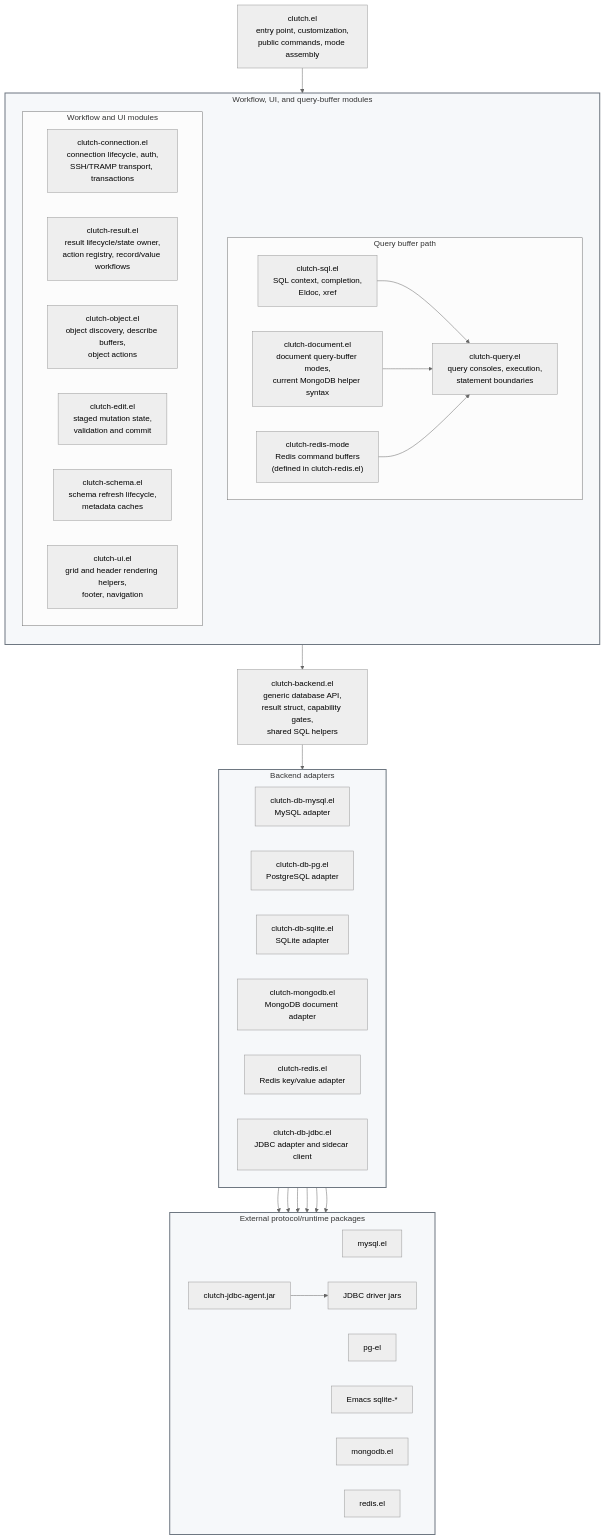
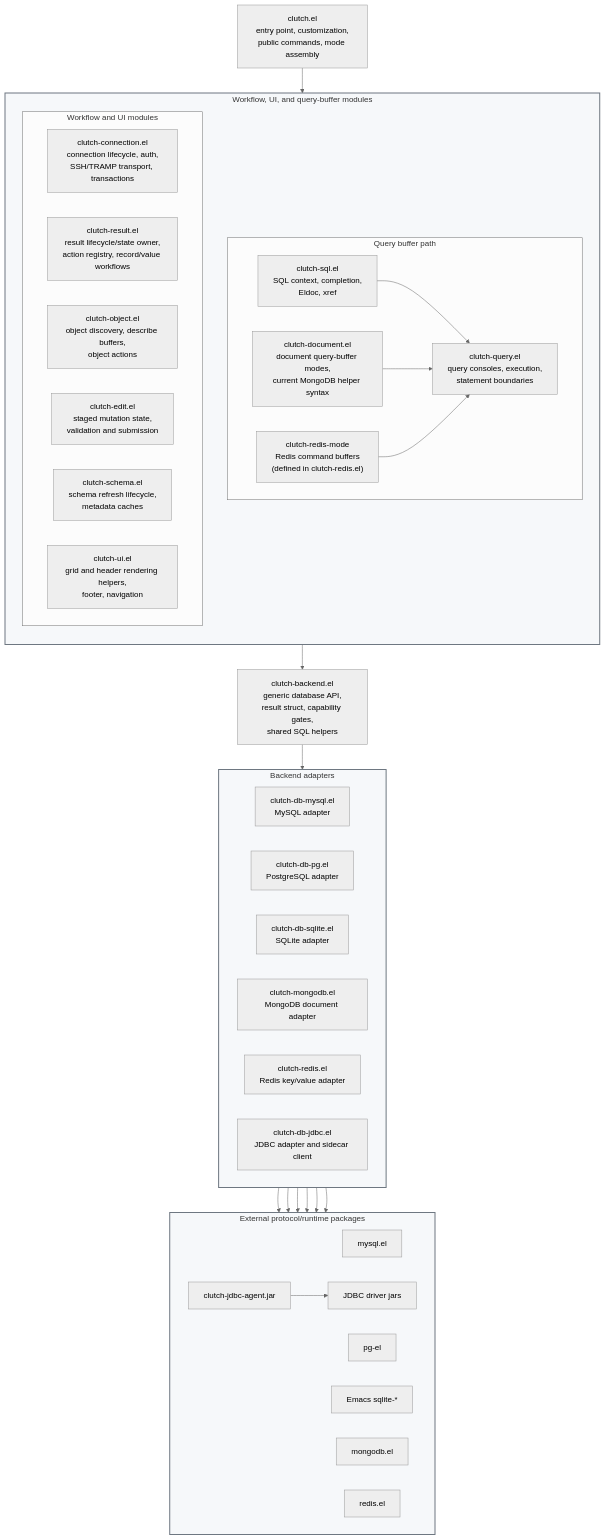
Before and after one commit to LuciusChen/clutch: the first of 6 diagrams in docs/architecture.md, drawn with Mermaid (neutral theme). The commit also changed other lines of this file and 20 other files, not shown here.

````diff
--- a/docs/architecture.md
+++ b/docs/architecture.md
@@ -7,68 +7,68 @@
 ```mermaid
 flowchart TB
   Entry["clutch.el<br/>entry point, customization,<br/>public commands, mode assembly"]
 
   subgraph Workflow["Workflow, UI, and query-buffer modules"]
     direction TB
     subgraph QueryPath["Query buffer path"]
       direction LR
       SQL["clutch-sql.el<br/>SQL context, completion,<br/>Eldoc, xref"]
       Document["clutch-document.el<br/>document query-buffer modes,<br/>current MongoDB helper syntax"]
       RedisQuery["clutch-redis-mode<br/>Redis command buffers<br/>(defined in clutch-redis.el)"]
       Query["clutch-query.el<br/>query consoles, execution,<br/>statement boundaries"]
     end
 
     subgraph WorkflowModules["Workflow and UI modules"]
       direction LR
       Conn["clutch-connection.el<br/>connection lifecycle, auth,<br/>SSH/TRAMP transport, transactions"]
       Result["clutch-result.el<br/>result lifecycle/state owner,<br/>action registry, record/value workflows"]
       Object["clutch-object.el<br/>object discovery, describe buffers,<br/>object actions"]
-      Edit["clutch-edit.el<br/>staged mutation state,<br/>validation and commit"]
+      Edit["clutch-edit.el<br/>staged mutation state,<br/>validation and submission"]
       Schema["clutch-schema.el<br/>schema refresh lifecycle,<br/>metadata caches"]
       UI["clutch-ui.el<br/>grid and header rendering helpers,<br/>footer, navigation"]
     end
   end
 
   Facade["clutch-backend.el<br/>generic database API,<br/>result struct, capability gates,<br/>shared SQL helpers"]
 
   subgraph Adapters["Backend adapters"]
     direction LR
     MySQL["clutch-db-mysql.el<br/>MySQL adapter"]
     PG["clutch-db-pg.el<br/>PostgreSQL adapter"]
     SQLite["clutch-db-sqlite.el<br/>SQLite adapter"]
     Mongo["clutch-mongodb.el<br/>MongoDB document adapter"]
     Redis["clutch-redis.el<br/>Redis key/value adapter"]
     JDBC["clutch-db-jdbc.el<br/>JDBC adapter and sidecar client"]
   end
 
   subgraph External["External protocol/runtime packages"]
     direction LR
     MySQLExt["mysql.el"]
     PGExt["pg-el"]
     SQLiteExt["Emacs sqlite-*"]
     MongoExt["mongodb.el"]
     RedisExt["redis.el"]
     Agent["clutch-jdbc-agent.jar"]
     Drivers["JDBC driver jars"]
   end
 
   style Workflow fill:#f6f8fa,stroke:#6e7781,stroke-width:2px
   style Adapters fill:#f6f8fa,stroke:#6e7781,stroke-width:2px
   style External fill:#f6f8fa,stroke:#6e7781,stroke-width:2px
 
   Entry --> Workflow
   Workflow --> Facade
   Facade --> Adapters
 
   SQL --> Query
   Document --> Query
   RedisQuery --> Query
 
   MySQL --> MySQLExt
   PG --> PGExt
   SQLite --> SQLiteExt
   Mongo --> MongoExt
   Redis --> RedisExt
   JDBC --> Agent
   Agent --> Drivers
 ```
````
